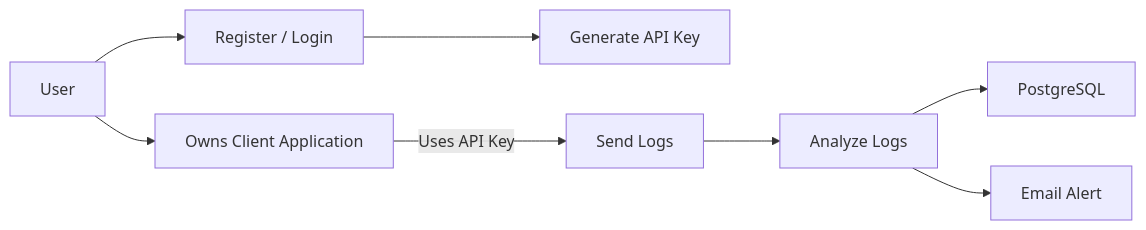
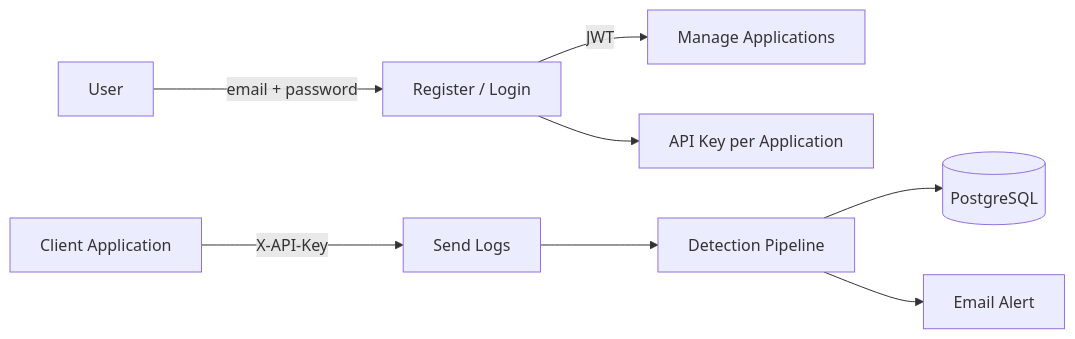
Before and after one commit to nirmala-sharma/LogSignals: the first of 4 diagrams in README.md, drawn with Mermaid. The commit also changed other lines of this file and 26 other files, not shown here.

````diff
--- a/README.md
+++ b/README.md
@@ -53,10 +58,10 @@
 ```mermaid
 flowchart LR
-    U[User] --> R[Register / Login]
-    U --> C[Owns Client Application]
-    R --> K[Generate API Key]
-    C -->|Uses API Key| L[Send Logs]
-    L --> A[Analyze Logs]
-    A --> D[PostgreSQL]
-    A --> E[Email Alert]
+    U[User] -->|email + password| R[Register / Login]
+    R -->|JWT| M[Manage Applications]
+    R --> K[API Key per Application]
+    C[Client Application] -->|X-API-Key| L[Send Logs]
+    L --> P[Detection Pipeline]
+    P --> D[(PostgreSQL)]
+    P --> E[Email Alert]
 ```
````
